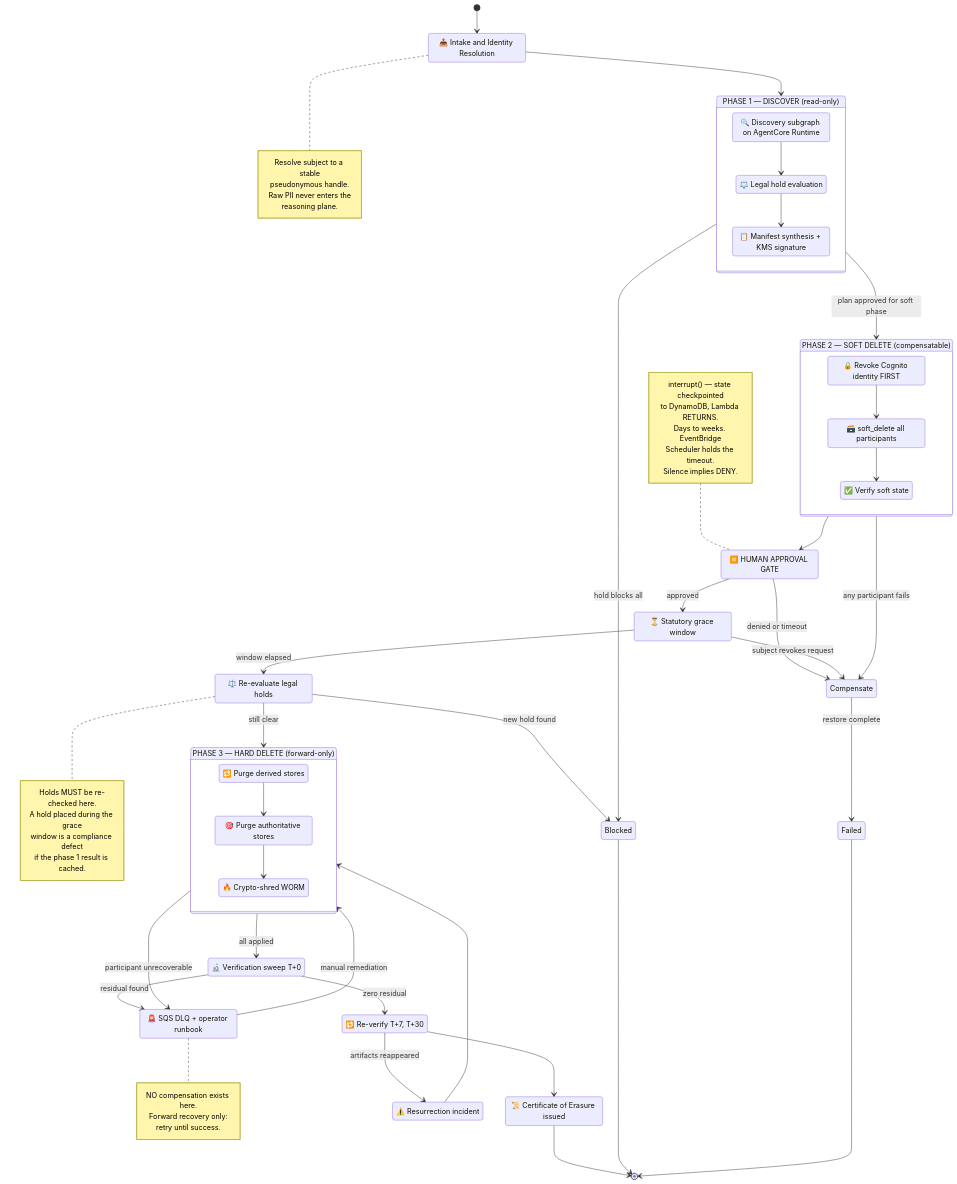
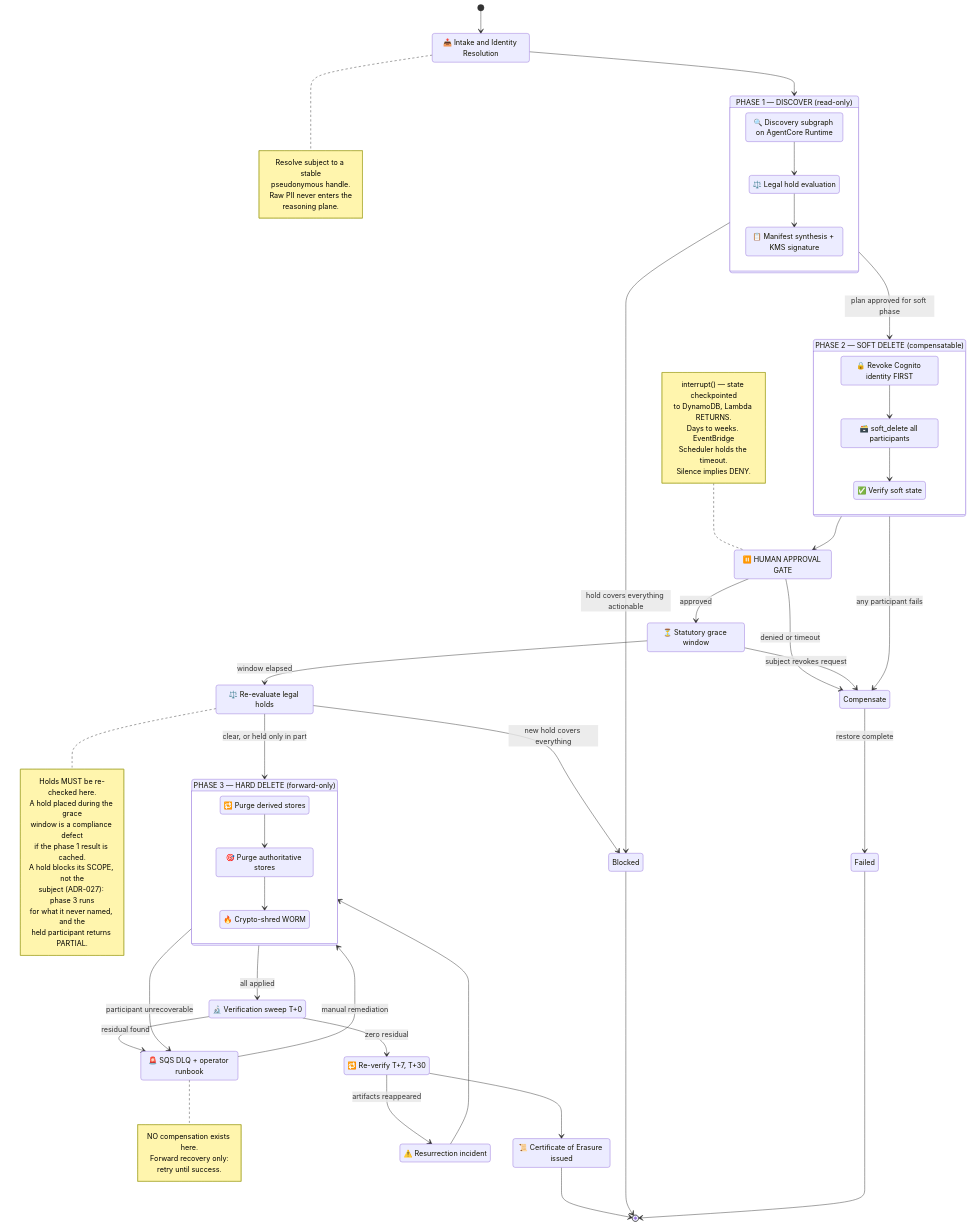
The second of 3 diagrams in docs/ARCHITECTURE.md (andaro74/agentic-pii-erasure), drawn with Mermaid before and after one commit. The commit also changed 5 other files, not shown here.

First line of the commit message:
V12-5: the diagram check the validation sweep claimed but never ran

```diff
--- a/docs/ARCHITECTURE.md
+++ b/docs/ARCHITECTURE.md
@@ -362,7 +362,7 @@
     }
 
     Intake --> P1
-    P1 --> Blocked: hold blocks all
+    P1 --> Blocked: hold covers everything actionable
     P1 --> P2: plan approved for soft phase
     P2 --> Compensate: any participant fails
     Compensate --> Failed: restore complete
@@ -390,9 +390,13 @@
         A hold placed during the grace
         window is a compliance defect
         if the phase 1 result is cached.
+        A hold blocks its SCOPE, not the
+        subject (ADR-027): phase 3 runs
+        for what it never named, and the
+        held participant returns PARTIAL.
     end note
-    Recheck --> Blocked: new hold found
-    Recheck --> P3: still clear
+    Recheck --> Blocked: new hold covers everything
+    Recheck --> P3: clear, or held only in part
 
     P3 --> Verify: all applied
     P3 --> Stuck: participant unrecoverable
```
